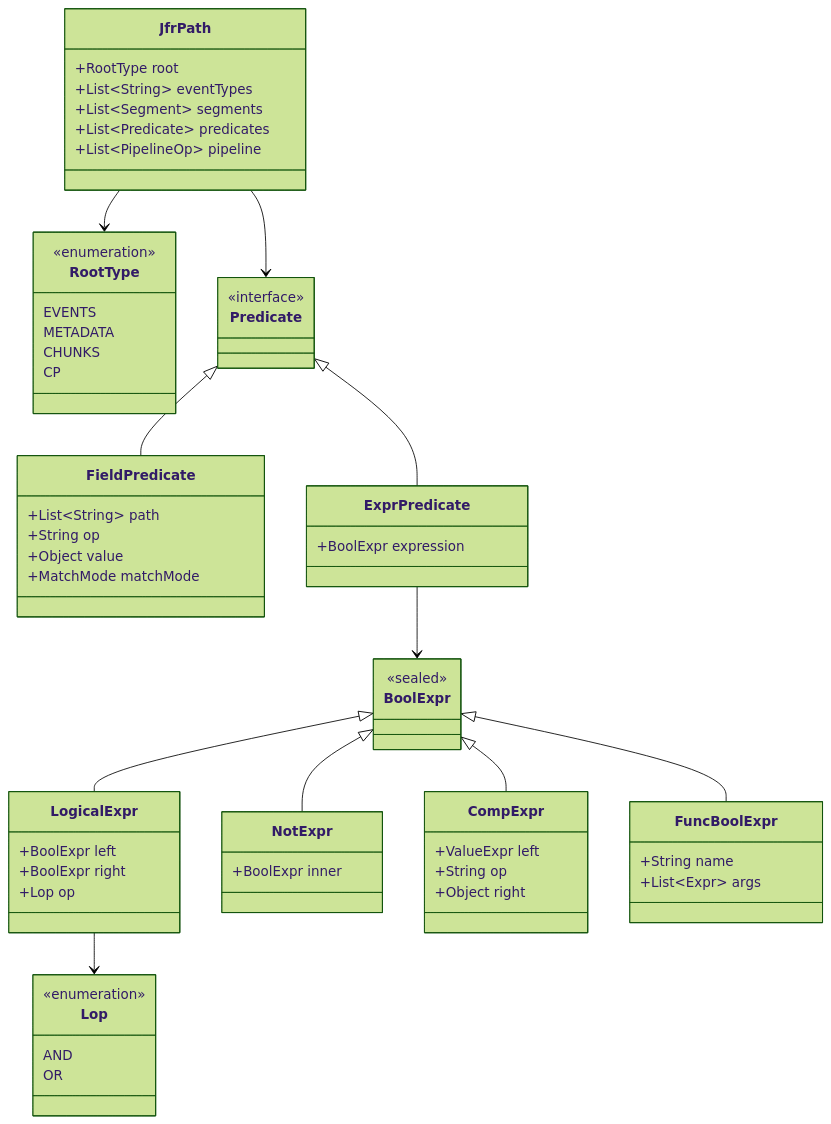
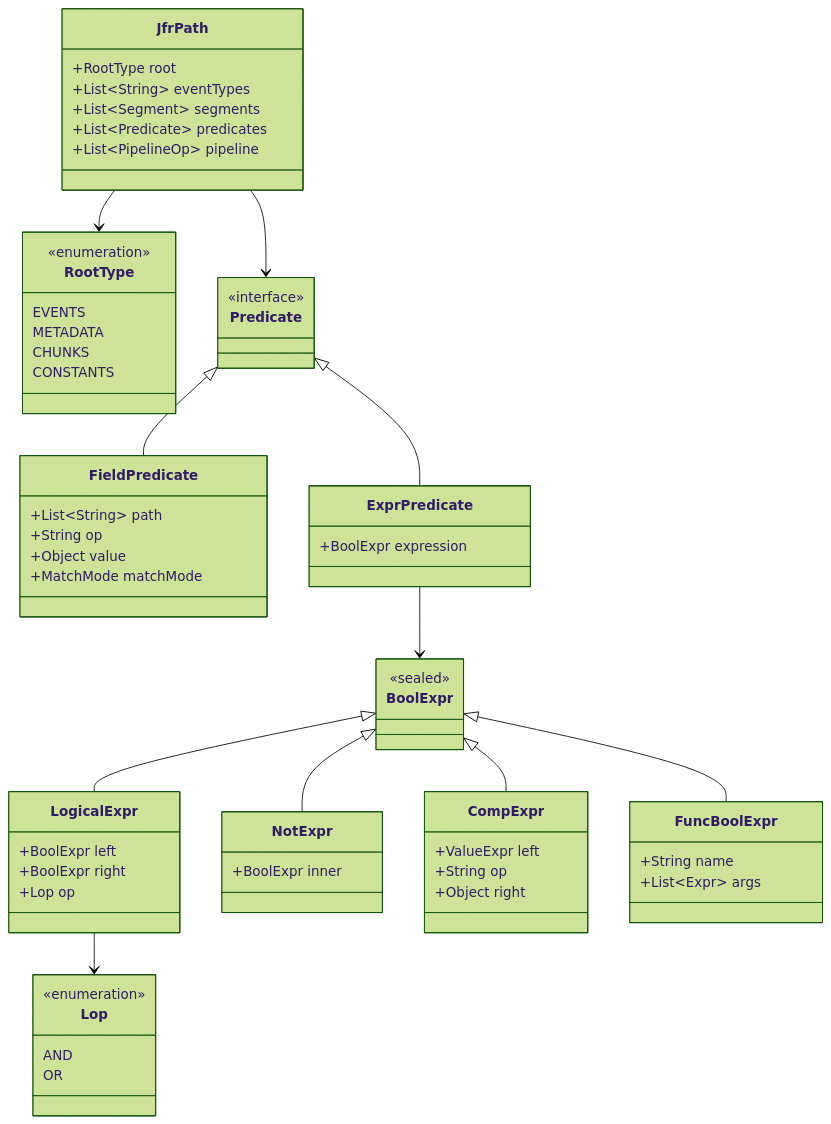
Before and after one commit to btraceio/jafar: the eighth of 10 diagrams in doc/cli/Architecture.md, drawn with Mermaid (forest theme). The commit also changed 50 other files, not shown here.

````diff
--- a/doc/cli/Architecture.md
+++ b/doc/cli/Architecture.md
@@ -368,75 +368,75 @@
 ```mermaid
 classDiagram
     class JfrPath {
         +RootType root
         +List~String~ eventTypes
         +List~Segment~ segments
         +List~Predicate~ predicates
         +List~PipelineOp~ pipeline
     }
 
     class RootType {
         <<enumeration>>
         EVENTS
         METADATA
         CHUNKS
-        CP
+        CONSTANTS
     }
 
     class Predicate {
         <<interface>>
     }
 
     class FieldPredicate {
         +List~String~ path
         +String op
         +Object value
         +MatchMode matchMode
     }
 
     class ExprPredicate {
         +BoolExpr expression
     }
 
     class BoolExpr {
         <<sealed>>
     }
 
     class LogicalExpr {
         +BoolExpr left
         +BoolExpr right
         +Lop op
     }
 
     class Lop {
         <<enumeration>>
         AND
         OR
     }
 
     class NotExpr {
         +BoolExpr inner
     }
 
     class CompExpr {
         +ValueExpr left
         +String op
         +Object right
     }
 
     class FuncBoolExpr {
         +String name
         +List~Expr~ args
     }
 
     JfrPath --> RootType
     JfrPath --> Predicate
     Predicate <|-- FieldPredicate
     Predicate <|-- ExprPredicate
     ExprPredicate --> BoolExpr
     BoolExpr <|-- LogicalExpr
     BoolExpr <|-- NotExpr
     BoolExpr <|-- CompExpr
     BoolExpr <|-- FuncBoolExpr
     LogicalExpr --> Lop
 ```
````
